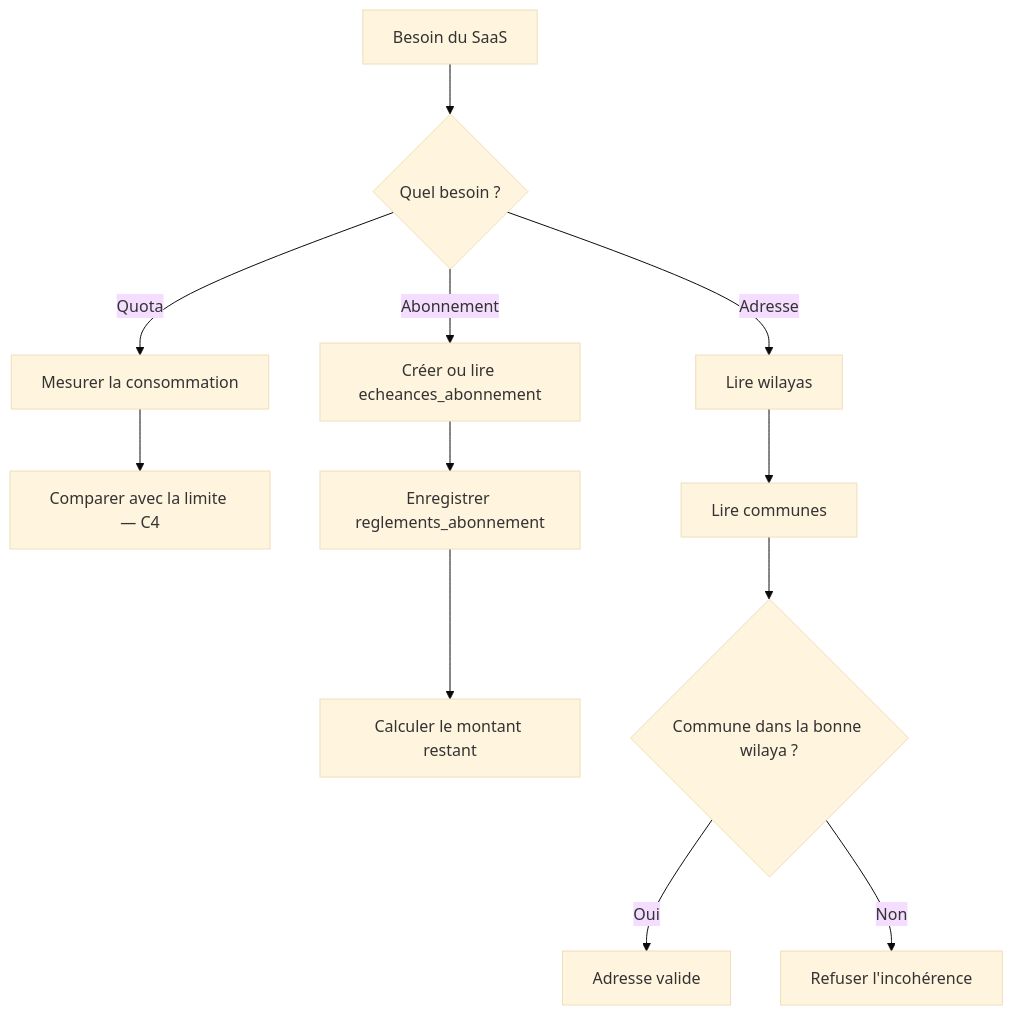
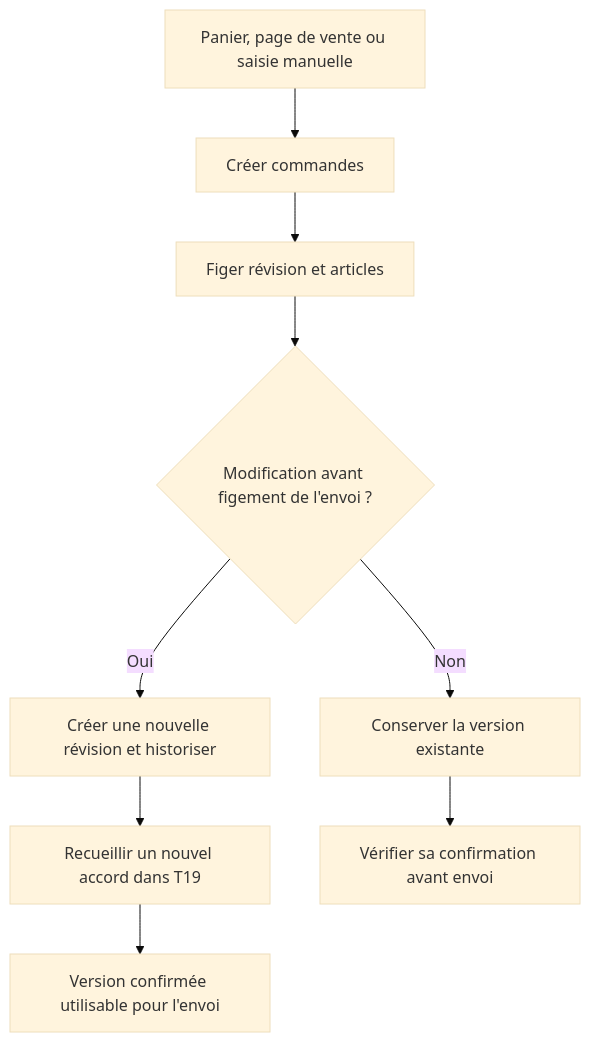
One commit to unitealfa/saas-ecom changed the eighth of 23 diagrams in BDD-centrale-C1-C14-explication-simple.md. Above: the diagram before and after it, drawn with Mermaid (base theme). The commit also changed other lines of this file, not shown here.

````diff
--- a/BDD-centrale-C1-C14-explication-simple.md
+++ b/BDD-centrale-C1-C14-explication-simple.md
@@ -348,17 +418,11 @@
 ```mermaid
 flowchart TD
-    A["Besoin du SaaS"] --> B{"Quel besoin ?"}
-
-    B -->|Quota| C["Mesurer la consommation"]
-    C --> D["Comparer avec la limite — C4"]
-
-    B -->|Abonnement| E["Créer ou lire echeances_abonnement"]
-    E --> F["Enregistrer reglements_abonnement"]
-    F --> G["Calculer le montant restant"]
-
-    B -->|Adresse| H["Lire wilayas"]
-    H --> I["Lire communes"]
-    I --> J{"Commune dans la bonne wilaya ?"}
-    J -->|Oui| K["Adresse valide"]
-    J -->|Non| L["Refuser l'incohérence"]
+    A["Panier, page de vente ou saisie manuelle"] --> B["Créer commandes"]
+    B --> C["Figer révision et articles"]
+    C --> D{"Modification avant figement de l'envoi ?"}
+    D -->|Oui| E["Créer une nouvelle révision et historiser"]
+    E --> F["Recueillir un nouvel accord dans T19"]
+    D -->|Non| G["Conserver la version existante"]
+    F --> H["Version confirmée utilisable pour l'envoi"]
+    G --> I["Vérifier sa confirmation avant envoi"]
 ```
````
